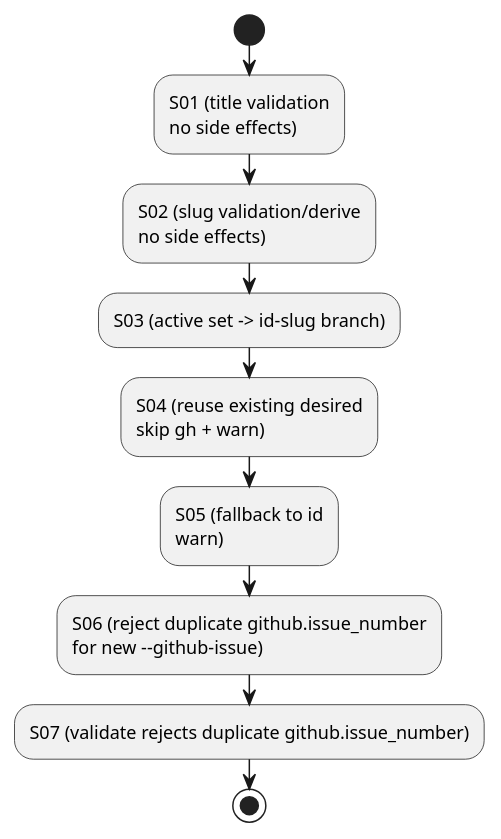
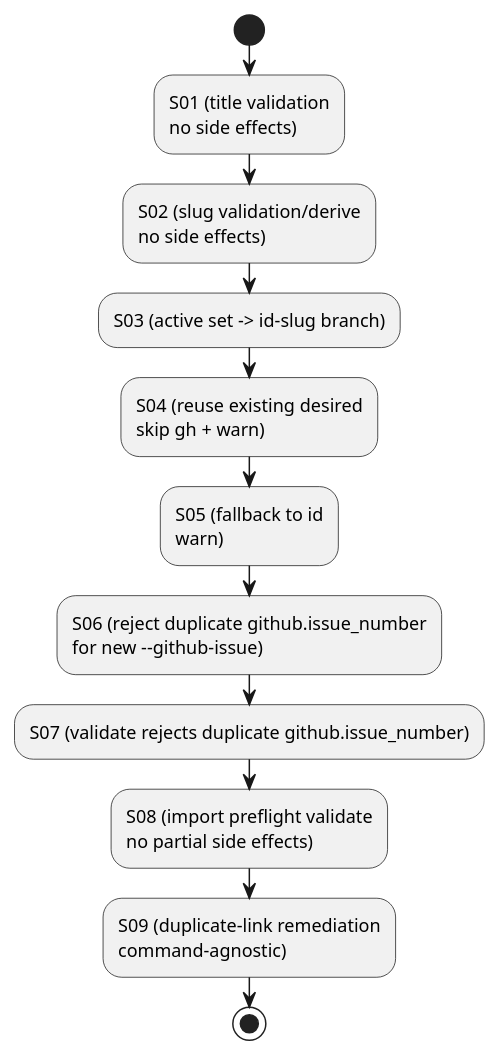
Before and after one commit to chemitaro/spec-dock: the diagram in tmp/issue-5/plan.md, drawn with PlantUML. The commit also changed other lines of this file and 2 other files, not shown here.

````diff
--- a/tmp/issue-5/plan.md
+++ b/tmp/issue-5/plan.md
@@ -34,15 +36,17 @@
 ```plantuml
 @startuml
 skinparam monochrome true
 
 start
 :S01 (title validation\nno side effects);
 :S02 (slug validation/derive\nno side effects);
 :S03 (active set -> id-slug branch);
 :S04 (reuse existing desired\nskip gh + warn);
 :S05 (fallback to id\nwarn);
 :S06 (reject duplicate github.issue_number\nfor new --github-issue);
 :S07 (validate rejects duplicate github.issue_number);
+:S08 (import preflight validate\nno partial side effects);
+:S09 (duplicate-link remediation\ncommand-agnostic);
 stop
 @enduml
 ```
````
